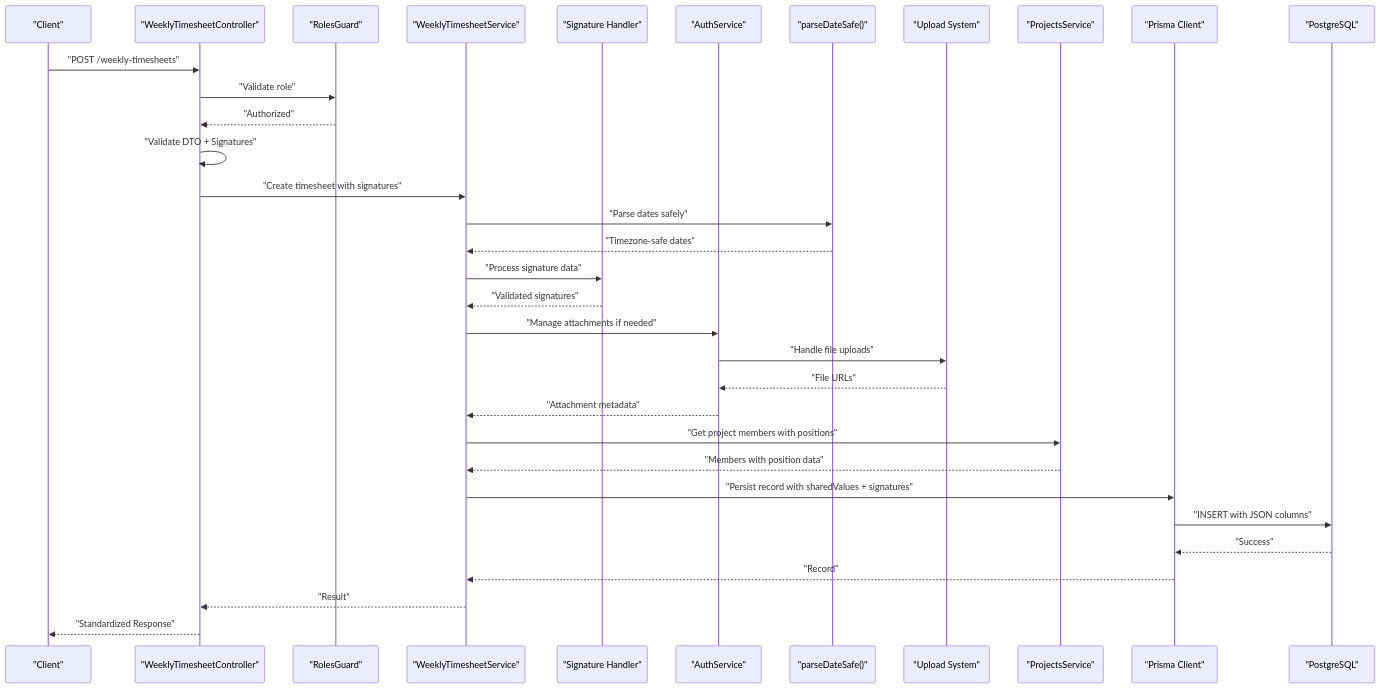
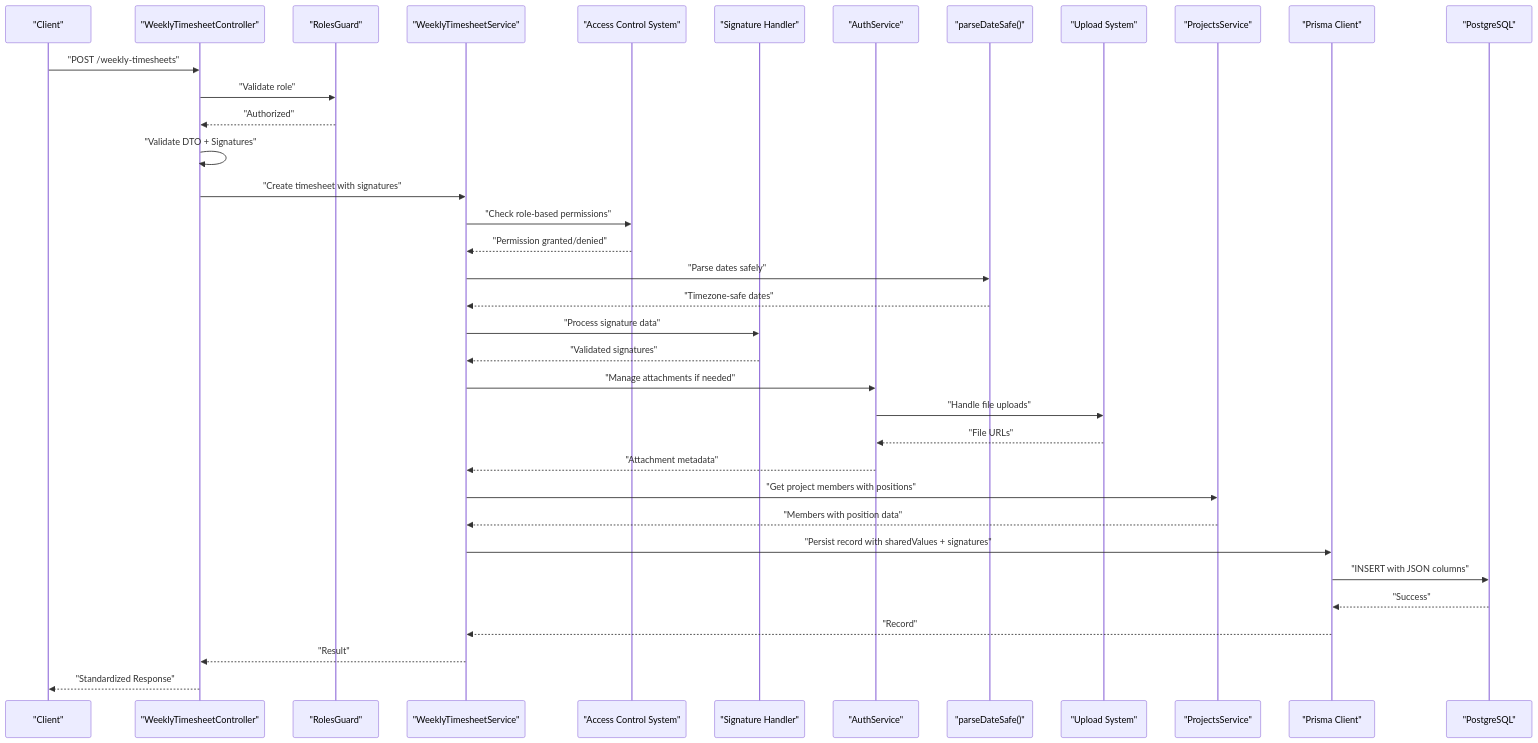
One commit to RobertRuas/windlog changed the second of 11 diagrams in .qoder/repowiki/en/content/Arquitetura Backend/Módulos do Sistema/Timesheet Semanal - Módulo Backend.md. Above: the diagram before and after it, drawn with Mermaid. The commit also changed other lines of this file and 18 other files, not shown here.

````diff
--- a/.qoder/repowiki/en/content/Arquitetura Backend/Módulos do Sistema/Timesheet Semanal - Módulo Backend.md
+++ b/.qoder/repowiki/en/content/Arquitetura Backend/Módulos do Sistema/Timesheet Semanal - Módulo Backend.md
@@ -174,35 +182,38 @@
 ```mermaid
 sequenceDiagram
 participant Client as "Client"
 participant Controller as "WeeklyTimesheetController"
 participant Guard as "RolesGuard"
 participant Service as "WeeklyTimesheetService"
+participant AccessControl as "Access Control System"
 participant SignatureHandler as "Signature Handler"
 participant AuthService as "AuthService"
 participant DateHelper as "parseDateSafe()"
 participant UploadSystem as "Upload System"
 participant ProjectsService as "ProjectsService"
 participant Prisma as "Prisma Client"
 participant DB as "PostgreSQL"
 Client->>Controller : "POST /weekly-timesheets"
 Controller->>Guard : "Validate role"
 Guard-->>Controller : "Authorized"
 Controller->>Controller : "Validate DTO + Signatures"
 Controller->>Service : "Create timesheet with signatures"
+Service->>AccessControl : "Check role-based permissions"
+AccessControl-->>Service : "Permission granted/denied"
 Service->>DateHelper : "Parse dates safely"
 DateHelper-->>Service : "Timezone-safe dates"
 Service->>SignatureHandler : "Process signature data"
 SignatureHandler-->>Service : "Validated signatures"
 Service->>AuthService : "Manage attachments if needed"
 AuthService->>UploadSystem : "Handle file uploads"
 UploadSystem-->>AuthService : "File URLs"
 AuthService-->>Service : "Attachment metadata"
 Service->>ProjectsService : "Get project members with positions"
 ProjectsService-->>Service : "Members with position data"
 Service->>Prisma : "Persist record with sharedValues + signatures"
 Prisma->>DB : "INSERT with JSON columns"
 DB-->>Prisma : "Success"
 Prisma-->>Service : "Record"
 Service-->>Controller : "Result"
 Controller-->>Client : "Standardized Response"
 ```
````
